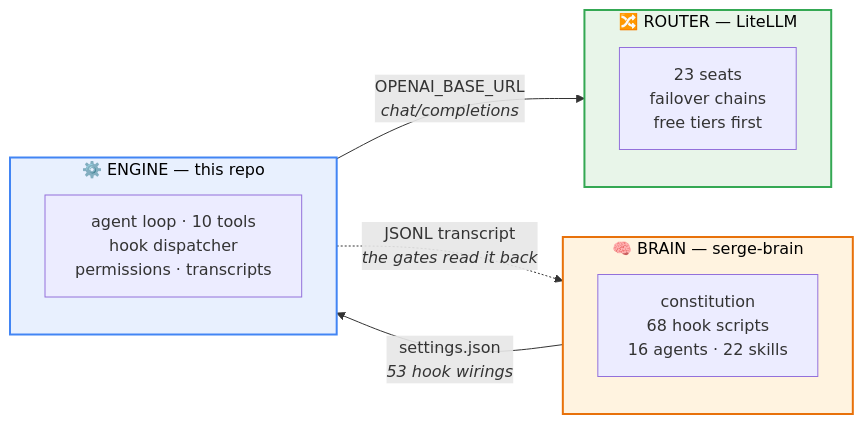
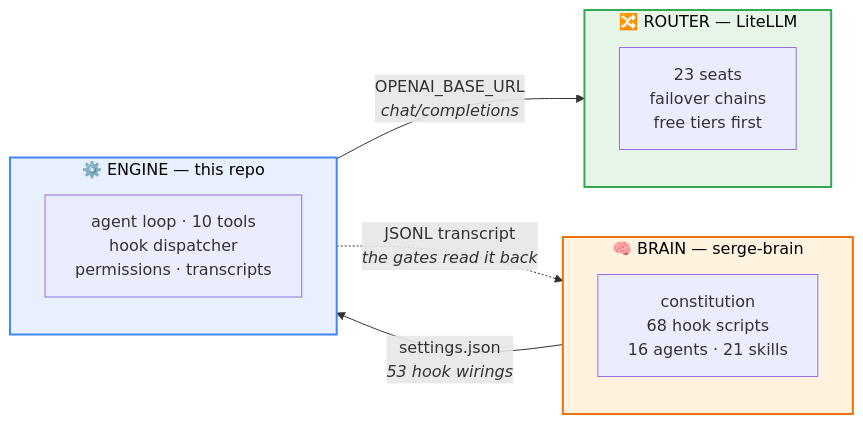
One commit to robsevo/serge-engine changed the first of 2 diagrams in README.md. Above: the diagram before and after it, drawn with Mermaid. The commit also changed other lines of this file and 9 other files, not shown here.

````diff
--- a/README.md
+++ b/README.md
@@ -56,25 +57,25 @@
 ```mermaid
 flowchart LR
     subgraph BRAIN["🧠 BRAIN — serge-brain"]
         direction TB
-        B1["constitution<br/>68 hook scripts<br/>16 agents · 22 skills"]
+        B1["constitution<br/>68 hook scripts<br/>16 agents · 21 skills"]
     end
 
     subgraph ENGINE["⚙️ ENGINE — this repo"]
         direction TB
         E1["agent loop · 10 tools<br/>hook dispatcher<br/>permissions · transcripts"]
     end
 
     subgraph ROUTER["🔀 ROUTER — LiteLLM"]
         direction TB
         R1["23 seats<br/>failover chains<br/>free tiers first"]
     end
 
     BRAIN -->|"settings.json<br/><i>53 hook wirings</i>"| ENGINE
     ENGINE -->|"OPENAI_BASE_URL<br/><i>chat/completions</i>"| ROUTER
     ENGINE -.->|"JSONL transcript<br/><i>the gates read it back</i>"| BRAIN
 
     style BRAIN fill:#fff3e0,stroke:#e8710a,stroke-width:2px,color:#000
     style ENGINE fill:#e8f0fe,stroke:#4285f4,stroke-width:2px,color:#000
     style ROUTER fill:#e8f5e9,stroke:#34a853,stroke-width:2px,color:#000
 ```
````
